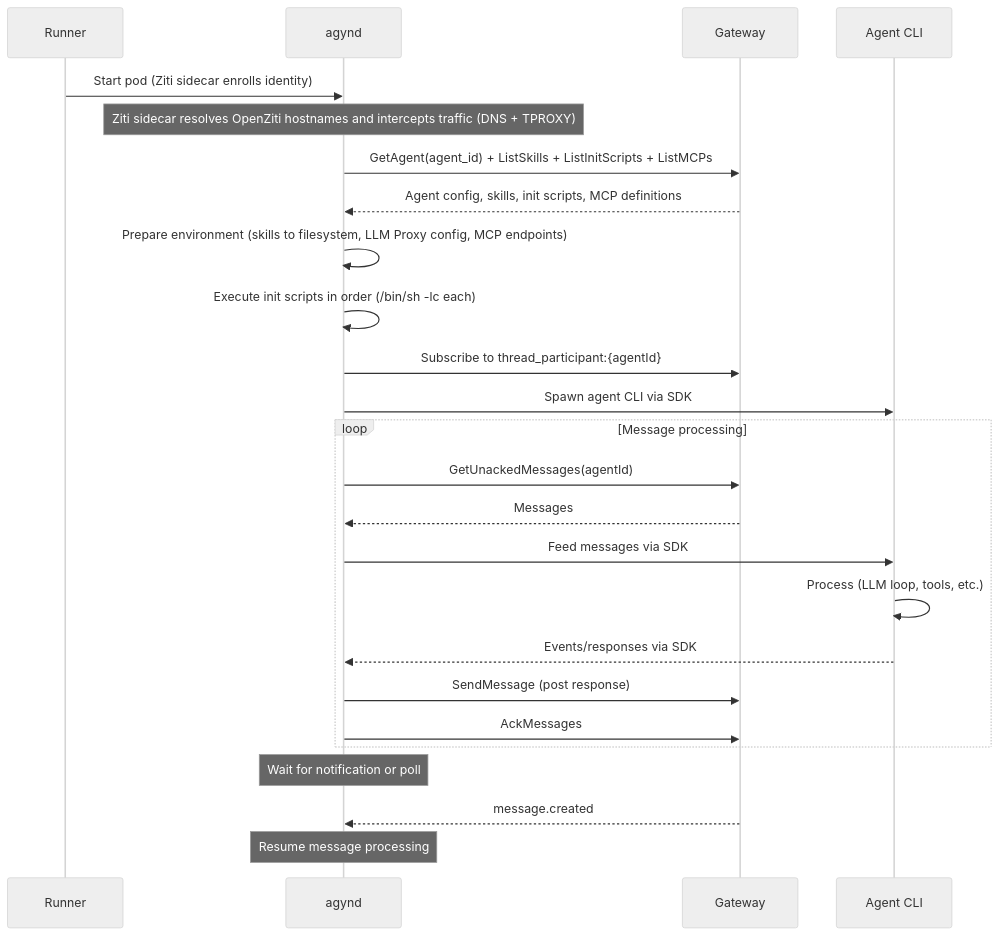
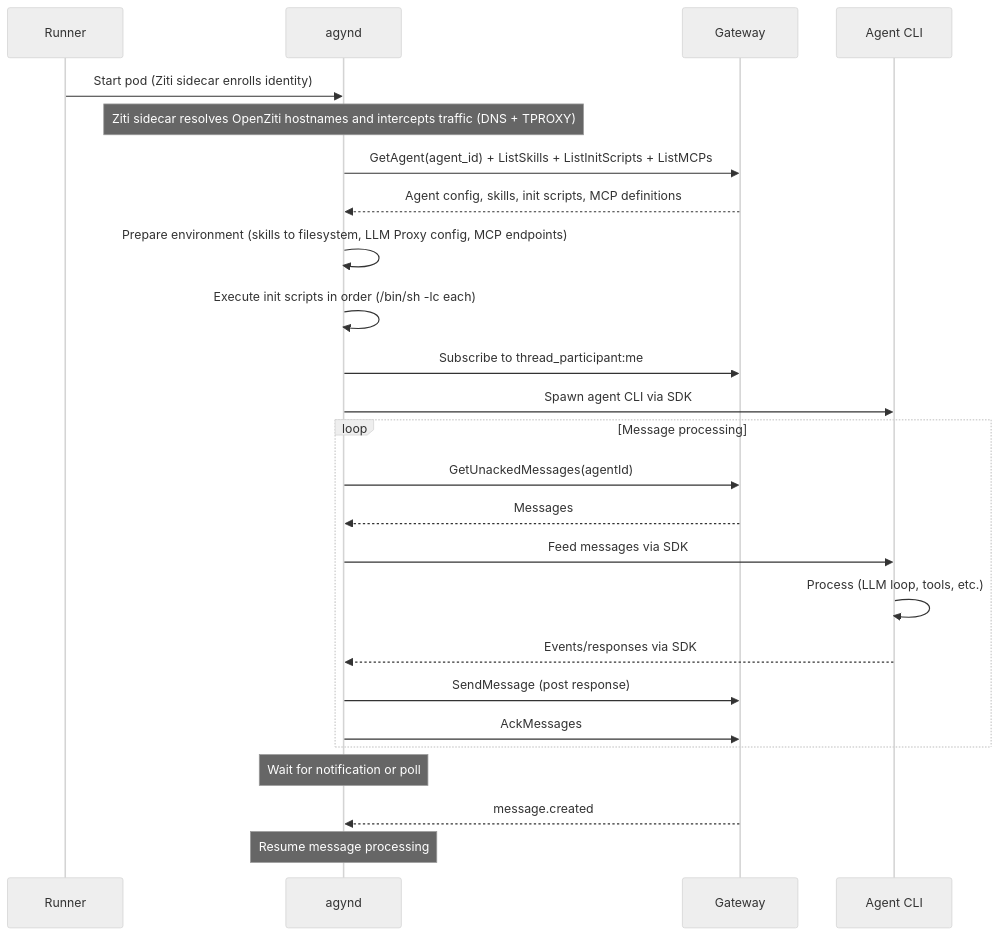
The second of 2 diagrams in architecture/agynd-cli.md (agynio/architecture), drawn with Mermaid (neutral theme) before and after one commit. The commit also changed other lines of this file and 5 other files, not shown here.

````diff
--- a/architecture/agynd-cli.md
+++ b/architecture/agynd-cli.md
@@ -236,30 +236,30 @@
 ```mermaid
 sequenceDiagram
     participant R as Runner
     participant D as agynd
     participant GW as Gateway
     participant A as Agent CLI
 
     R->>D: Start pod (Ziti sidecar enrolls identity)
     Note over D: Ziti sidecar resolves OpenZiti hostnames and intercepts traffic (DNS + TPROXY)
     D->>GW: GetAgent(agent_id) + ListSkills + ListInitScripts + ListMCPs
     GW-->>D: Agent config, skills, init scripts, MCP definitions
     D->>D: Prepare environment (skills to filesystem, LLM Proxy config, MCP endpoints)
     D->>D: Execute init scripts in order (/bin/sh -lc each)
-    D->>GW: Subscribe to thread_participant:{agentId}
+    D->>GW: Subscribe to thread_participant:me
     D->>A: Spawn agent CLI via SDK
 
     loop Message processing
         D->>GW: GetUnackedMessages(agentId)
         GW-->>D: Messages
         D->>A: Feed messages via SDK
         A->>A: Process (LLM loop, tools, etc.)
         A-->>D: Events/responses via SDK
         D->>GW: SendMessage (post response)
         D->>GW: AckMessages
     end
 
     Note over D: Wait for notification or poll
     GW-->>D: message.created
     Note over D: Resume message processing
 ```
````
